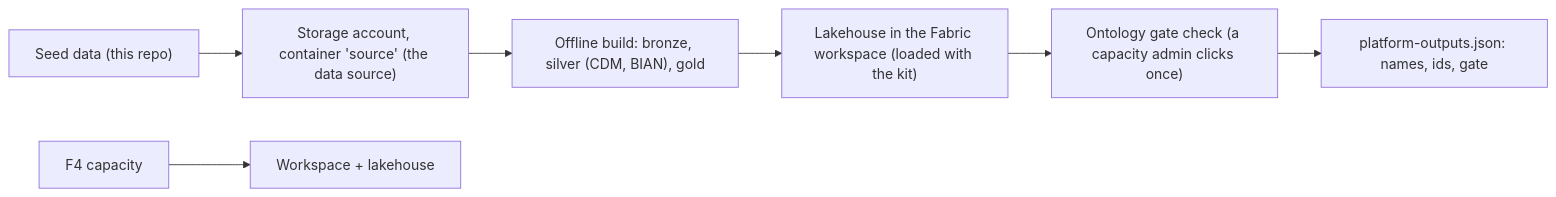
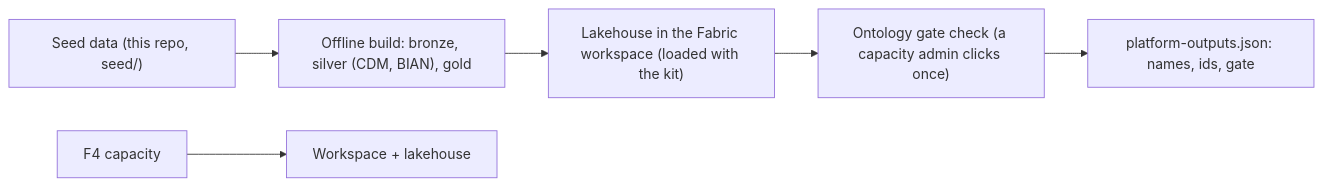
The diagram in docs/PLATFORM.md (hrshl-demo/contoso-fabric-iq-promptops), drawn with Mermaid before and after one commit. The commit also changed other lines of this file and 11 other files, not shown here.

First line of the commit message:
Platform: load the seed straight into the lakehouse by default; the storage account is opt-in

````diff
--- a/docs/PLATFORM.md
+++ b/docs/PLATFORM.md
@@ -5,9 +5,8 @@
 ```mermaid
 flowchart LR
-  S["Seed data (this repo)"] --> ST["Storage account, container 'source' (the data source)"]
-  ST --> B["Offline build: bronze, silver (CDM, BIAN), gold"]
+  S["Seed data (this repo, seed/)"] --> B["Offline build: bronze, silver (CDM, BIAN), gold"]
   B --> L["Lakehouse in the Fabric workspace (loaded with the kit)"]
   CAP["F4 capacity"] --> W["Workspace + lakehouse"]
   L --> G["Ontology gate check (a capacity admin clicks once)"]
   G --> O["platform-outputs.json: names, ids, gate"]
 ```
````
